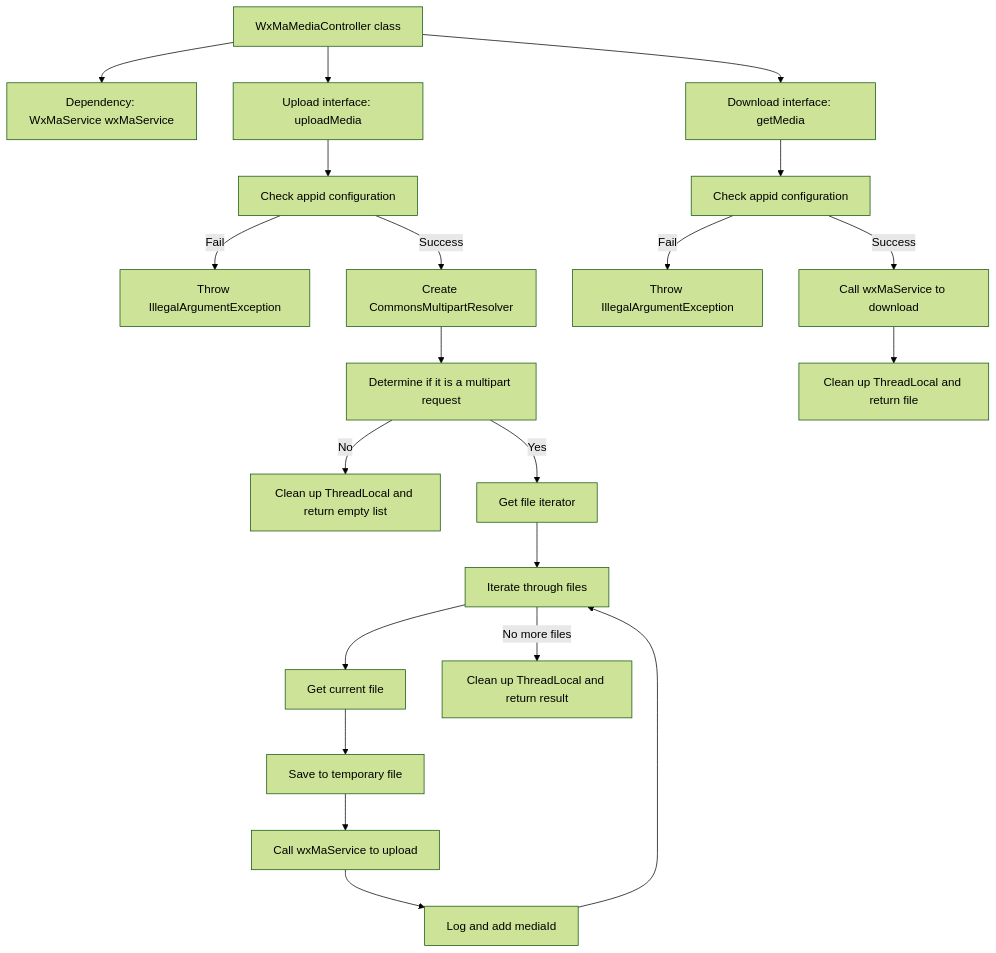
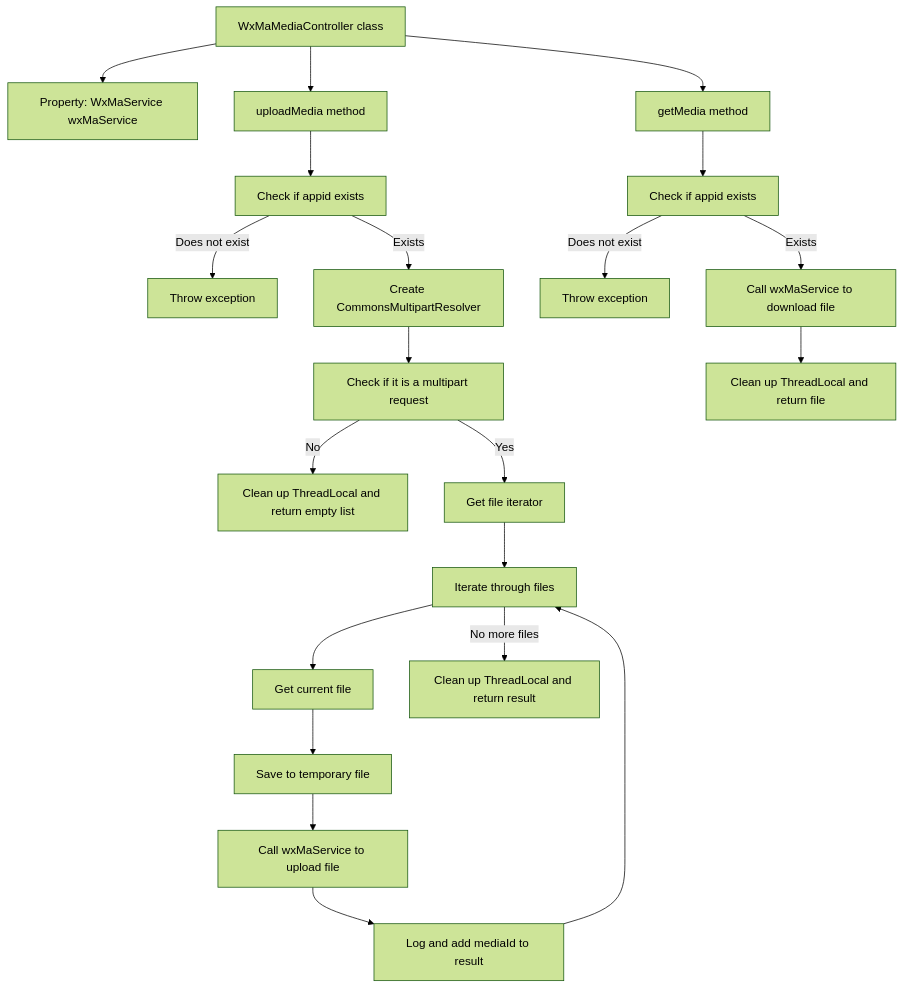
The second of 2 diagrams in docs/en/docs/src/main/java/com/github/binarywang/demo/wx/miniapp/controller/WxMaMediaController.md (v-wjrong/binary_weixin-java-miniapp-demo), drawn with Mermaid (forest theme) before and after one commit. The commit also changed other lines of this file and 47 other files, not shown here.

````diff
--- a/docs/en/docs/src/main/java/com/github/binarywang/demo/wx/miniapp/controller/WxMaMediaController.md
+++ b/docs/en/docs/src/main/java/com/github/binarywang/demo/wx/miniapp/controller/WxMaMediaController.md
@@ -124,30 +129,30 @@
 ```mermaid
 graph TD
     A["WxMaMediaController class"]
-    B["Dependency: WxMaService wxMaService"]
-    C["Upload interface: uploadMedia"]
-    D["Download interface: getMedia"]
-    
+    B["Property: WxMaService wxMaService"]
+    C["uploadMedia method"]
+    D["getMedia method"]
+
     A --> B
     A --> C
     A --> D
-    
-    C --> C1["Check appid configuration"]
-    C1 --"Fail"--> C1_1["Throw IllegalArgumentException"]
-    C1 --"Success"--> C2["Create CommonsMultipartResolver"]
-    C2 --> C3["Determine if it is a multipart request"]
+
+    C --> C1["Check if appid exists"]
+    C1 --"Does not exist"--> C1_1["Throw exception"]
+    C1 --"Exists"--> C2["Create CommonsMultipartResolver"]
+    C2 --> C3["Check if it is a multipart request"]
     C3 --"No"--> C3_1["Clean up ThreadLocal and return empty list"]
     C3 --"Yes"--> C4["Get file iterator"]
     C4 --> C5["Iterate through files"]
     C5 --> C6["Get current file"]
     C6 --> C7["Save to temporary file"]
-    C7 --> C8["Call wxMaService to upload"]
-    C8 --> C9["Log and add mediaId"]
+    C7 --> C8["Call wxMaService to upload file"]
+    C8 --> C9["Log and add mediaId to result"]
     C9 --> C5
     C5 --"No more files"--> C10["Clean up ThreadLocal and return result"]
 
-    D --> D1["Check appid configuration"]
-    D1 --"Fail"--> D1_1["Throw IllegalArgumentException"]
-    D1 --"Success"--> D2["Call wxMaService to download"]
+    D --> D1["Check if appid exists"]
+    D1 --"Does not exist"--> D1_1["Throw exception"]
+    D1 --"Exists"--> D2["Call wxMaService to download file"]
     D2 --> D3["Clean up ThreadLocal and return file"]
 ```
````
